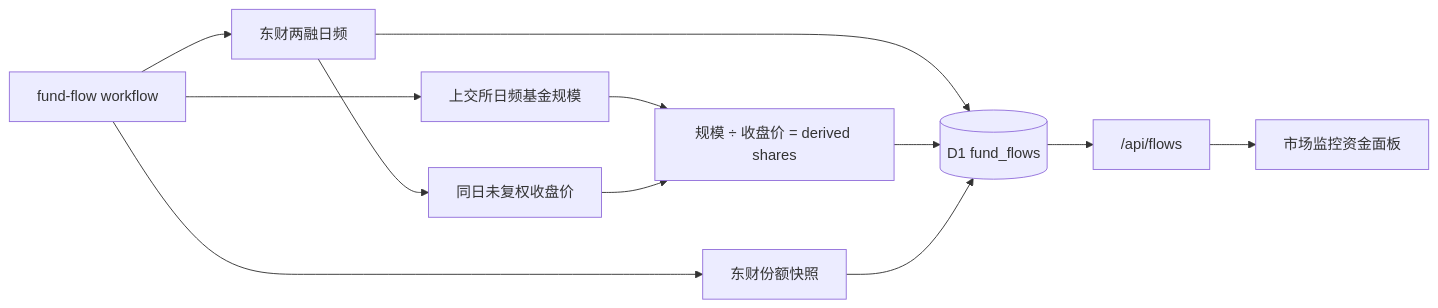
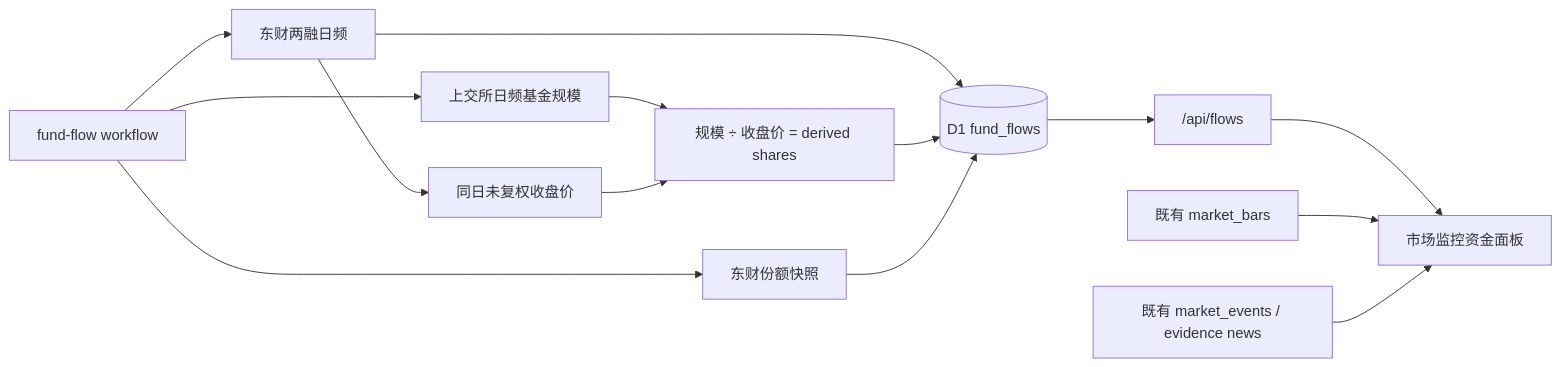
The sixth of 9 diagrams in docs/architecture-and-data-flows.md (gaaiyun/TradingWorkbench), drawn with Mermaid before and after one commit. The commit also changed other lines of this file and 3 other files, not shown here.

````diff
--- a/docs/architecture-and-data-flows.md
+++ b/docs/architecture-and-data-flows.md
@@ -225,14 +225,16 @@
 ```mermaid
 flowchart LR
     A["fund-flow workflow"] --> M["东财两融日频"]
     A --> S["上交所日频基金规模"]
     A --> Q["东财份额快照"]
     M --> C["同日未复权收盘价"]
     S --> D["规模 ÷ 收盘价 = derived shares"]
     C --> D
     M --> F[("D1 fund_flows")]
     D --> F
     Q --> F
     F --> API["/api/flows"]
     API --> UI["市场监控资金面板"]
+    B["既有 market_bars"] --> UI
+    E["既有 market_events / evidence news"] --> UI
 ```
````
